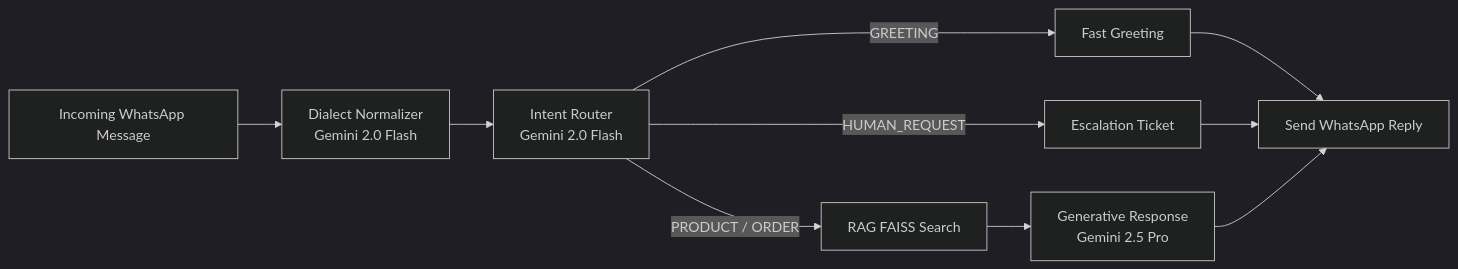
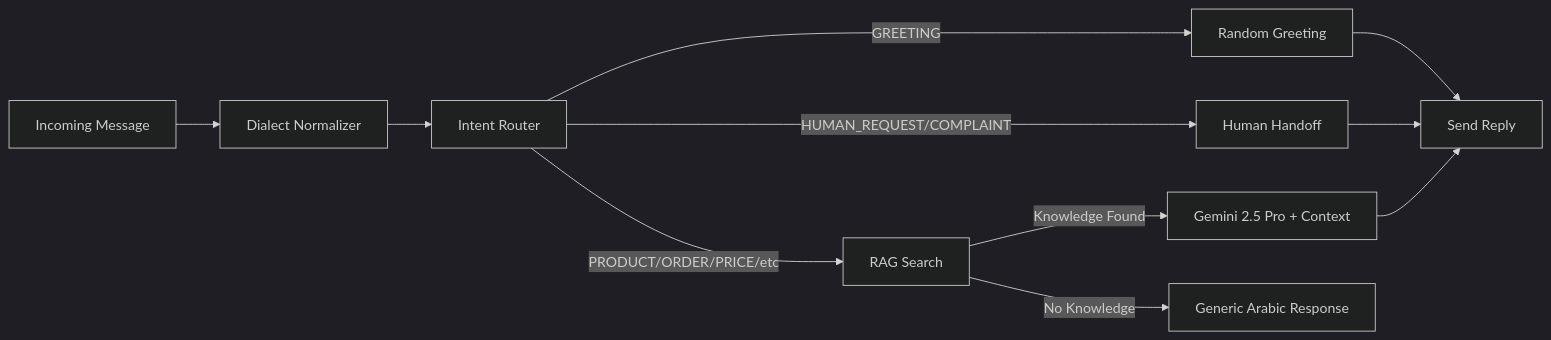
The third of 3 diagrams in README.md (AHMEDGabal1/arabbot-studio), drawn with Mermaid (dark theme) before and after one commit. The commit also changed other lines of this file, not shown here.

````diff
--- a/README.md
+++ b/README.md
@@ -61,12 +265,13 @@
 ```mermaid
 flowchart LR
-    A[Incoming WhatsApp Message] --> B[Dialect Normalizer<br/>Gemini 2.0 Flash]
-    B --> C[Intent Router<br/>Gemini 2.0 Flash]
-    C -->|GREETING| D[Fast Greeting]
-    C -->|HUMAN_REQUEST| E[Escalation Ticket]
-    C -->|PRODUCT / ORDER| F[RAG FAISS Search]
-    F --> G[Generative Response<br/>Gemini 2.5 Pro]
-    D --> H[Send WhatsApp Reply]
-    E --> H
-    G --> H
+    A[Incoming Message] --> B[Dialect Normalizer]
+    B --> C[Intent Router]
+    C -->|GREETING| D[Random Greeting]
+    C -->|HUMAN_REQUEST/COMPLAINT| E[Human Handoff]
+    C -->|PRODUCT/ORDER/PRICE/etc| F[RAG Search]
+    F -->|Knowledge Found| G[Gemini 2.5 Pro + Context]
+    F -->|No Knowledge| H[Generic Arabic Response]
+    G --> I[Send Reply]
+    E --> I
+    D --> I
 ```
````
